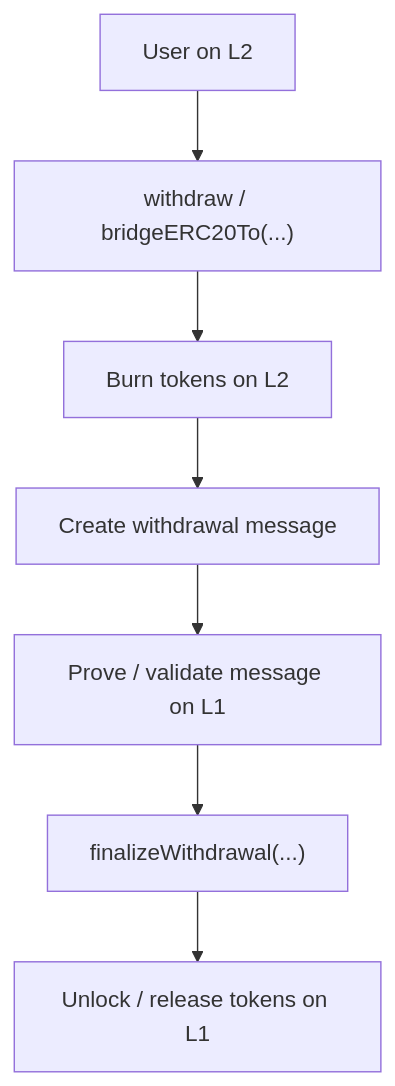
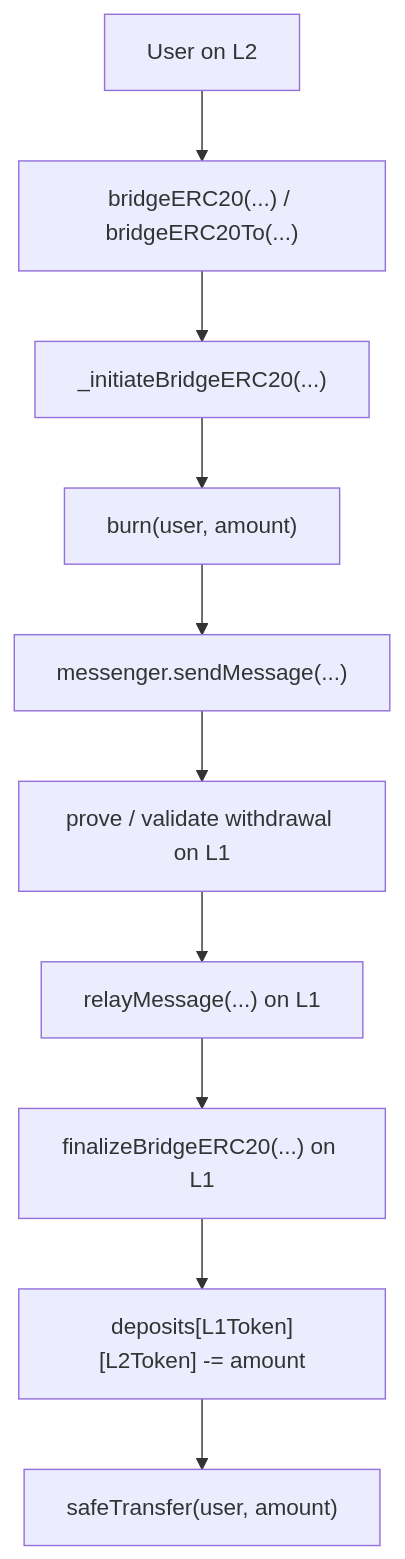
One commit to Keedz1Off/optimism-bridge-flow-local-review changed the second of 2 diagrams in README.md. Above: the diagram before and after it, drawn with Mermaid. The commit also changed other lines of this file and 11 other files, not shown here.

````diff
--- a/README.md
+++ b/README.md
@@ -38,9 +45,12 @@
 ```mermaid
 flowchart TD
-    A["User on L2"] --> B["withdraw / bridgeERC20To(...)"]
-    B --> C["Burn tokens on L2"]
-    C --> D["Create withdrawal message"]
-    D --> E["Prove / validate message on L1"]
-    E --> F["finalizeWithdrawal(...)"]
-    F --> G["Unlock / release tokens on L1"]
+    A["User on L2"] --> B["bridgeERC20(...) / bridgeERC20To(...)"]
+    B --> C["_initiateBridgeERC20(...)"]
+    C --> D["burn(user, amount)"]
+    D --> E["messenger.sendMessage(...)"]
+    E --> F["prove / validate withdrawal on L1"]
+    F --> G["relayMessage(...) on L1"]
+    G --> H["finalizeBridgeERC20(...) on L1"]
+    H --> I["deposits[L1Token][L2Token] -= amount"]
+    I --> J["safeTransfer(user, amount)"]
 ```
````
